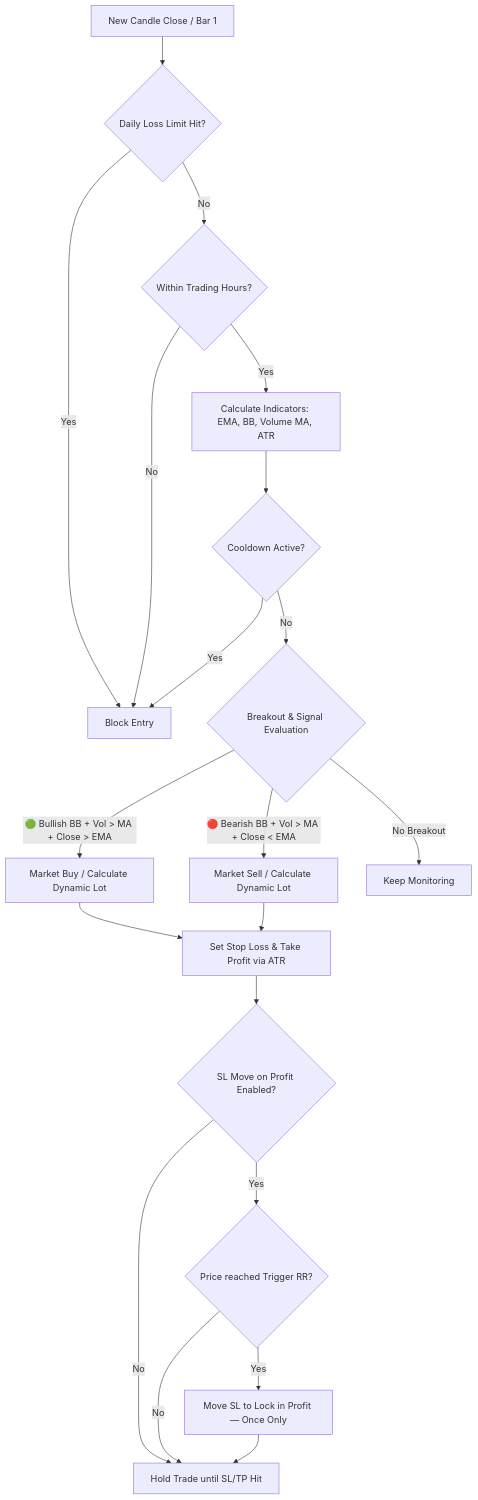
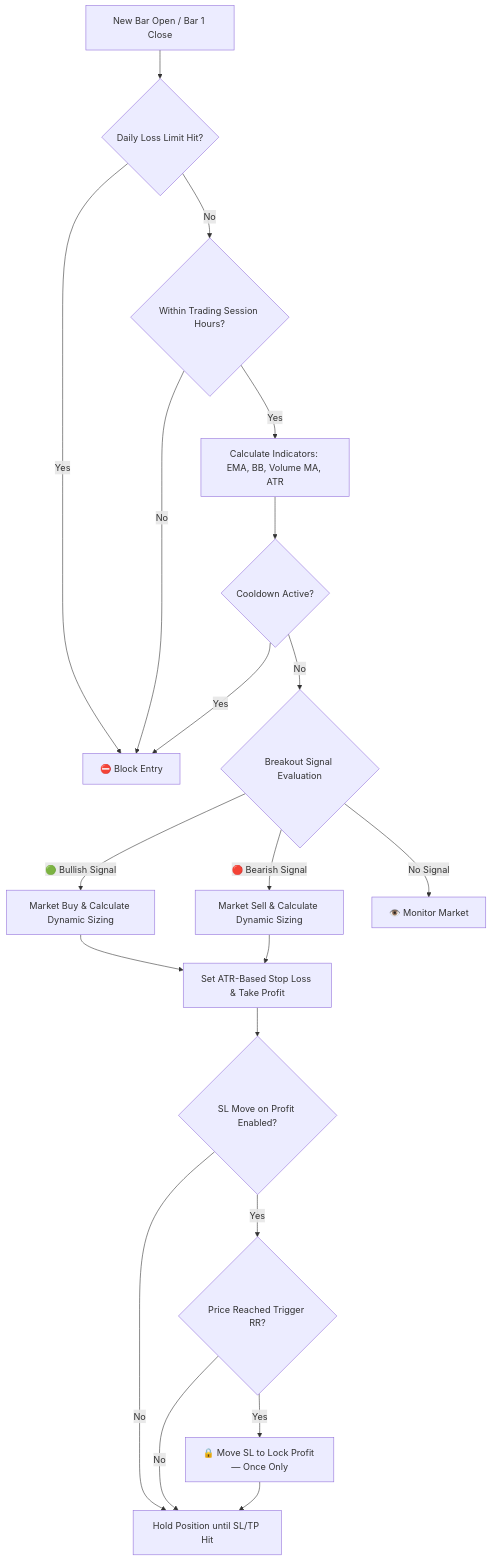
One commit to jzd101/breakout-follow-101 changed the first of 2 diagrams in README.md. Above: the diagram before and after it, drawn with Mermaid. The commit also changed other lines of this file, not shown here.

````diff
--- a/README.md
+++ b/README.md
@@ -66,22 +79,26 @@
 ```mermaid
-graph TD
-    A[New Candle Close / Bar 1] --> B{Daily Loss Limit Hit?}
-    B -- Yes --> C[Block Entry]
-    B -- No --> D{Within Trading Hours?}
+flowchart TD
+    A[New Bar Open / Bar 1 Close] --> B{Daily Loss Limit Hit?}
+    B -- Yes --> C[⛔ Block Entry]
+    B -- No --> D{Within Trading Session Hours?}
     D -- No --> C
     D -- Yes --> E[Calculate Indicators: EMA, BB, Volume MA, ATR]
     E --> CC{Cooldown Active?}
     CC -- Yes --> C
-    CC -- No --> F{Breakout & Signal Evaluation}
-    F -- 🟢 Bullish BB + Vol > MA + Close > EMA --> G[Market Buy / Calculate Dynamic Lot]
-    F -- 🔴 Bearish BB + Vol > MA + Close < EMA --> H[Market Sell / Calculate Dynamic Lot]
-    F -- No Breakout --> I[Keep Monitoring]
-    G --> J[Set Stop Loss & Take Profit via ATR]
+    CC -- No --> F{Breakout Signal Evaluation}
+
+    F -- 🟢 Bullish Signal --> G[Market Buy & Calculate Dynamic Sizing]
+    F -- 🔴 Bearish Signal --> H[Market Sell & Calculate Dynamic Sizing]
+    F -- No Signal --> I[👁️ Monitor Market]
+
+    G --> J[Set ATR-Based Stop Loss & Take Profit]
     H --> J
+
     J --> K{SL Move on Profit Enabled?}
-    K -- Yes --> L{Price reached Trigger RR?}
-    K -- No --> M[Hold Trade until SL/TP Hit]
-    L -- Yes --> N[Move SL to Lock in Profit — Once Only]
+    K -- Yes --> L{Price Reached Trigger RR?}
+    K -- No --> M[Hold Position until SL/TP Hit]
+
+    L -- Yes --> N[🔒 Move SL to Lock Profit — Once Only]
     L -- No --> M
     N --> M
 ```
````
